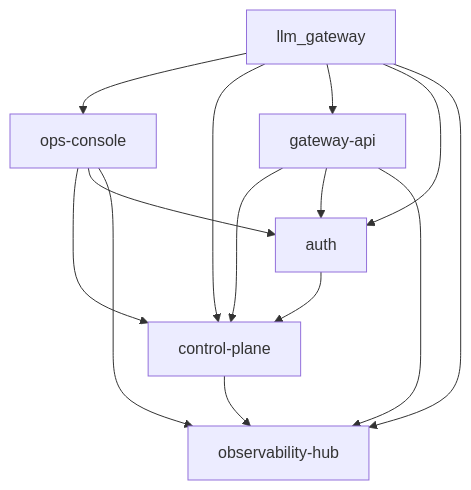
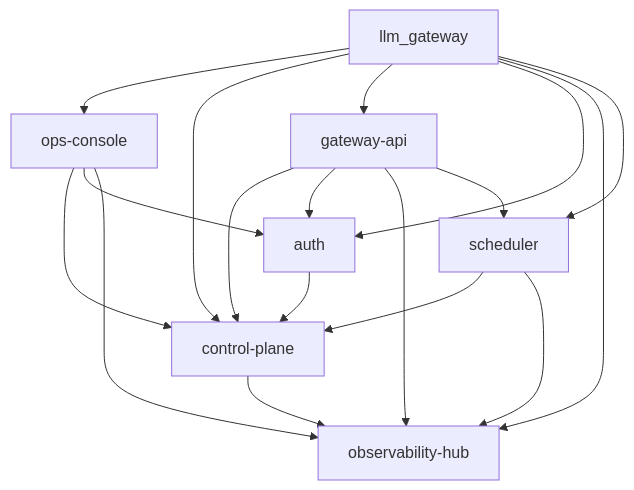
The diagram in xspec/modules/PRODUCT.md (achieve-jsy/llm-gateway), drawn with Mermaid before and after one commit. The commit also changed other lines of this file and 174 other files, not shown here.

````diff
--- a/xspec/modules/PRODUCT.md
+++ b/xspec/modules/PRODUCT.md
@@ -17,16 +21,20 @@
 ```mermaid
 graph TD
     A["llm_gateway"] --> B["ops-console"]
     A --> C["control-plane"]
     A --> D["gateway-api"]
     A --> E["auth"]
     A --> F["observability-hub"]
+    A --> G["scheduler"]
     B --> C
     B --> E
     B --> F
     D --> C
     D --> E
     D --> F
+    D --> G
     E --> C
     C --> F
+    G --> C
+    G --> F
 ```
````
